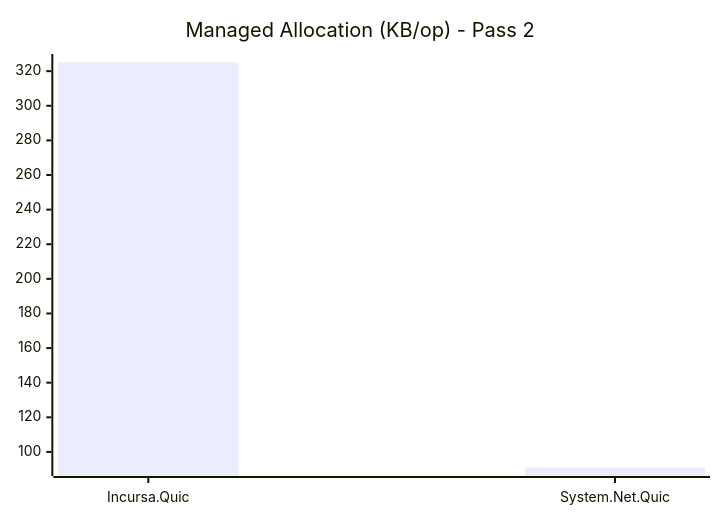
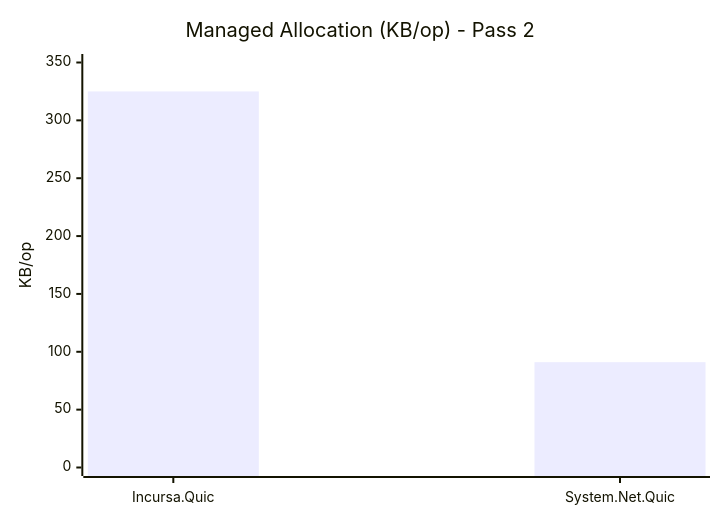
Before and after one commit to incursa/quic-dotnet: the third of 7 diagrams in docs/performance/runs/2026-05-30-154005/charts/charts.md, drawn with Mermaid. The commit also changed other lines of this file and 1 other file, not shown here.

Commit message:
Update performance charts and report with new metrics and axis labels

````diff
--- a/docs/performance/runs/2026-05-30-154005/charts/charts.md
+++ b/docs/performance/runs/2026-05-30-154005/charts/charts.md
@@ -23,6 +25,7 @@
 ```mermaid
 xychart-beta
   title "Managed Allocation (KB/op) - Pass 2"
   x-axis ["Incursa.Quic", "System.Net.Quic"]
+  y-axis "KB/op" 0 --> 350
   bar [325, 91]
 ```
````
